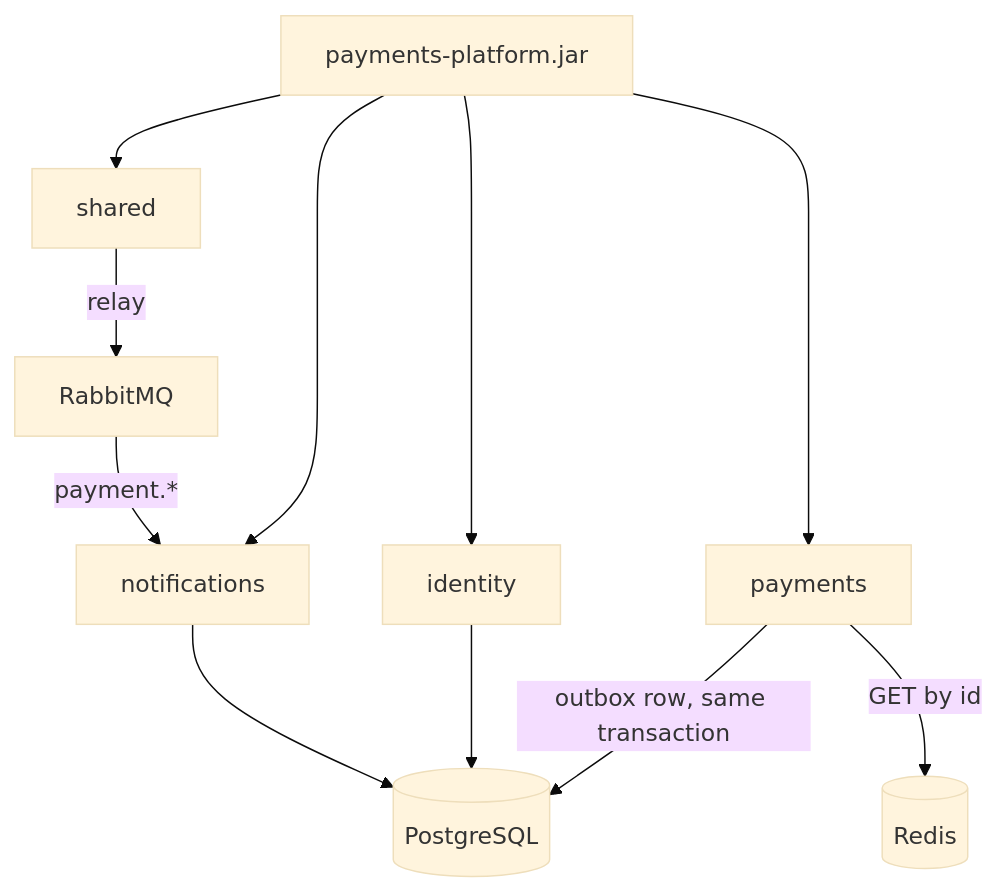
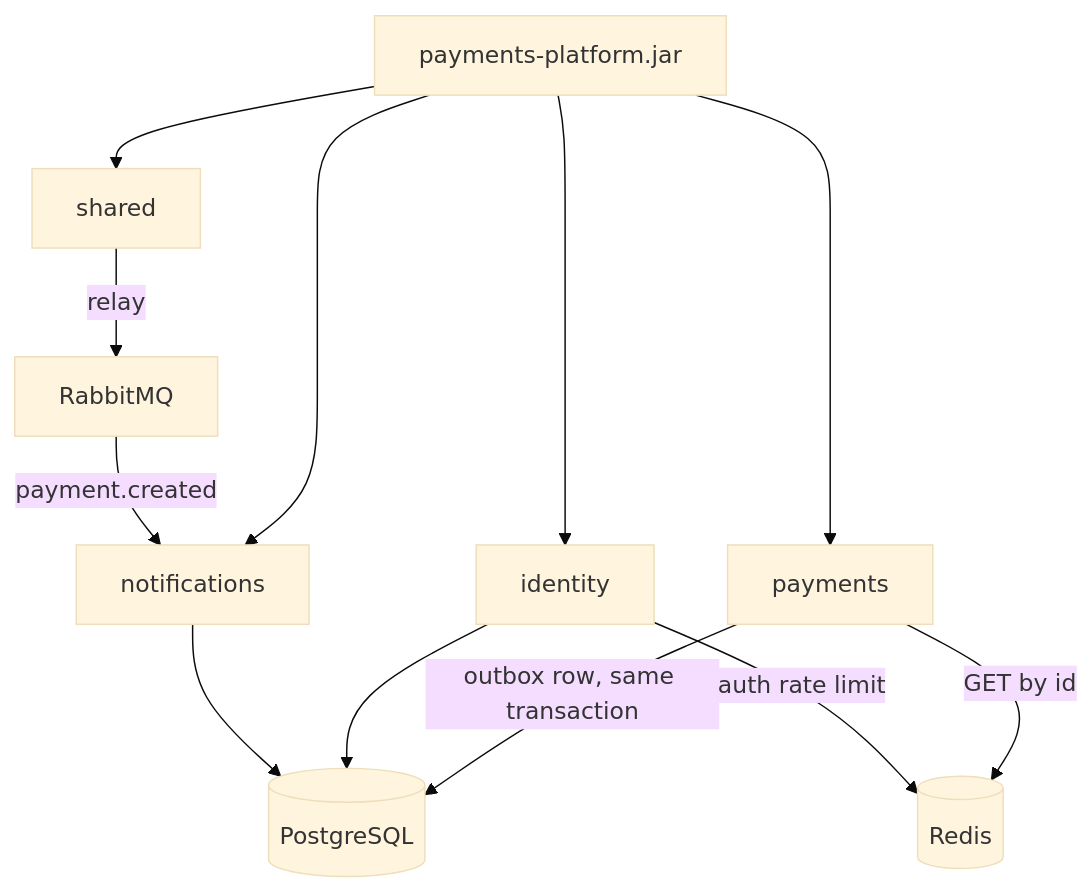
One commit to Andersonlimahw/java-clean-arch-sample changed the second of 4 diagrams in docs/architecture.md. Above: the diagram before and after it, drawn with Mermaid (base theme). The commit also changed other lines of this file and 13 other files, not shown here.

First line of the commit message:
docs: correct architecture claims against the payments code

````diff
--- a/docs/architecture.md
+++ b/docs/architecture.md
@@ -21,14 +21,15 @@
 ```mermaid
 flowchart TB
     API["payments-platform.jar"]
     API --> ID["identity"]
     API --> PAY["payments"]
     API --> NTF["notifications"]
     API --> SH["shared"]
     PAY -->|outbox row, same transaction| PG[("PostgreSQL")]
     ID --> PG
     NTF --> PG
     SH -->|relay| MQ["RabbitMQ"]
-    MQ -->|payment.*| NTF
+    MQ -->|payment.created| NTF
     PAY -->|GET by id| Redis[("Redis")]
+    ID -->|auth rate limit| Redis
 ```
````
